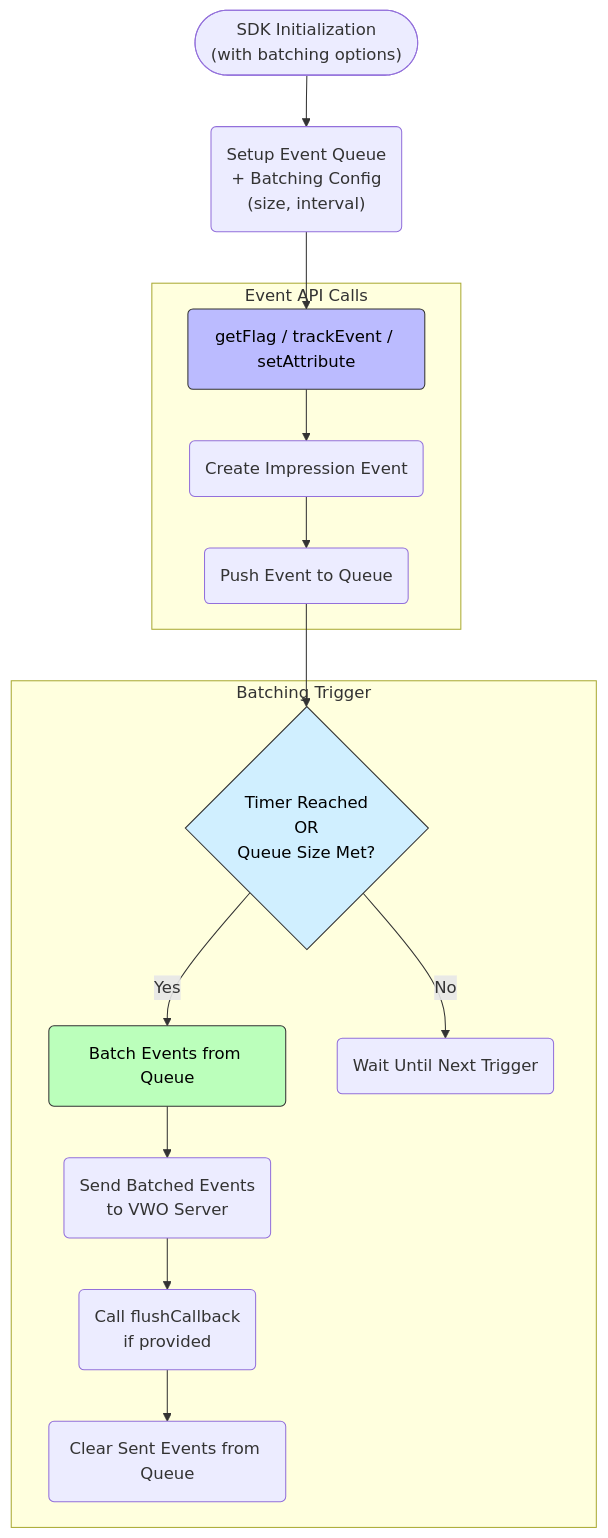
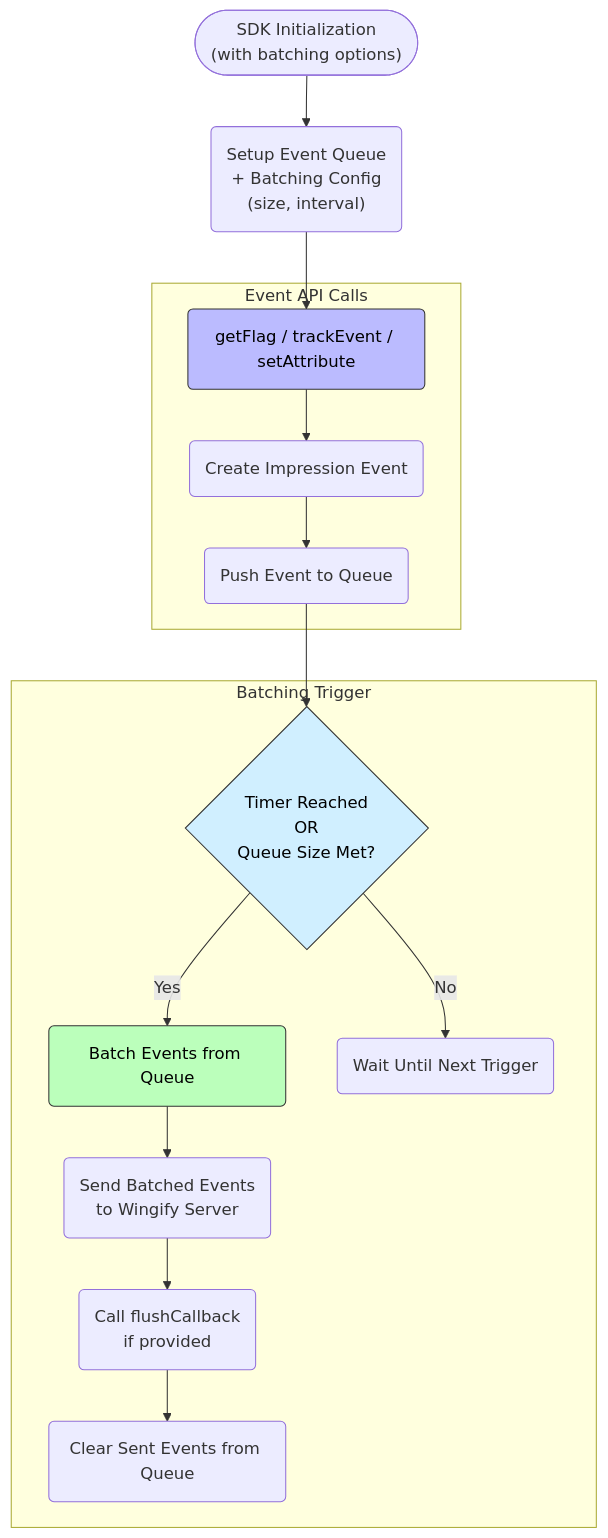
The second of 3 diagrams in docs/SDK Reference/fme-sdk-architecture.md (wingify/readme-central), drawn with Mermaid before and after one commit. The commit also changed other lines of this file and 232 other files, not shown here.

Commit message:
VWO -> Wingify branding

````diff
--- a/docs/SDK Reference/fme-sdk-architecture.md
+++ b/docs/SDK Reference/fme-sdk-architecture.md
@@ -117,32 +117,32 @@
 ```mermaid
 flowchart TD
     A0(["SDK Initialization<br/>(with batching options)"]) --> A1("Setup Event Queue<br/>+ Batching Config<br/>(size, interval)")
 
     subgraph Event API Calls
         A2("getFlag / trackEvent / setAttribute") --> A3("Create Impression Event")
         A3 --> A4("Push Event to Queue")
     end
 
     A1 --> A2
 
     subgraph Batching Trigger
         B1{"Timer Reached<br/>OR<br/>Queue Size Met?"}
         A4 --> B1
         B1 -- Yes --> B2("Batch Events from Queue")
-        B2 --> B3("Send Batched Events<br/>to VWO Server")
+        B2 --> B3("Send Batched Events<br/>to Wingify Server")
         B3 --> B4("Call flushCallback<br/>if provided")
         B4 --> B5("Clear Sent Events from Queue")
         B1 -- No --> C1("Wait Until Next Trigger")
     end
 
     %% Assign classes
     class A2 apis
     class B2 batch
     class B1 ifbatch
 
     %% Define styles
     classDef apis fill:#bbf,stroke:#333,color:#000
     classDef batch fill:#bfb,stroke:#333,color:#000
     classDef ifbatch fill:#d0efff,stroke:#333,color:#000
 
 ```
````
